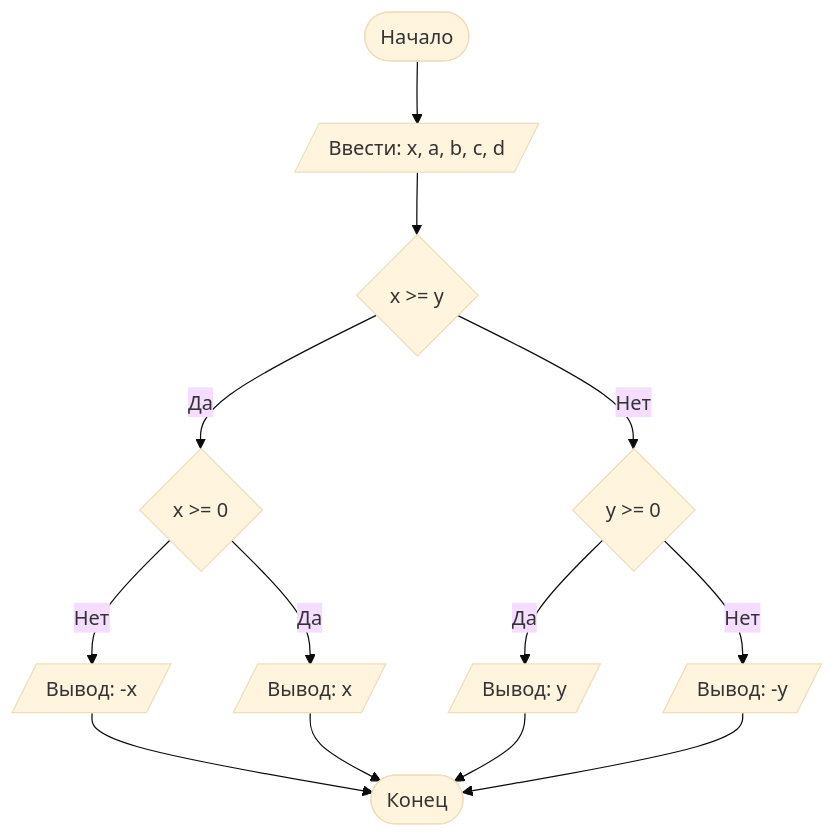
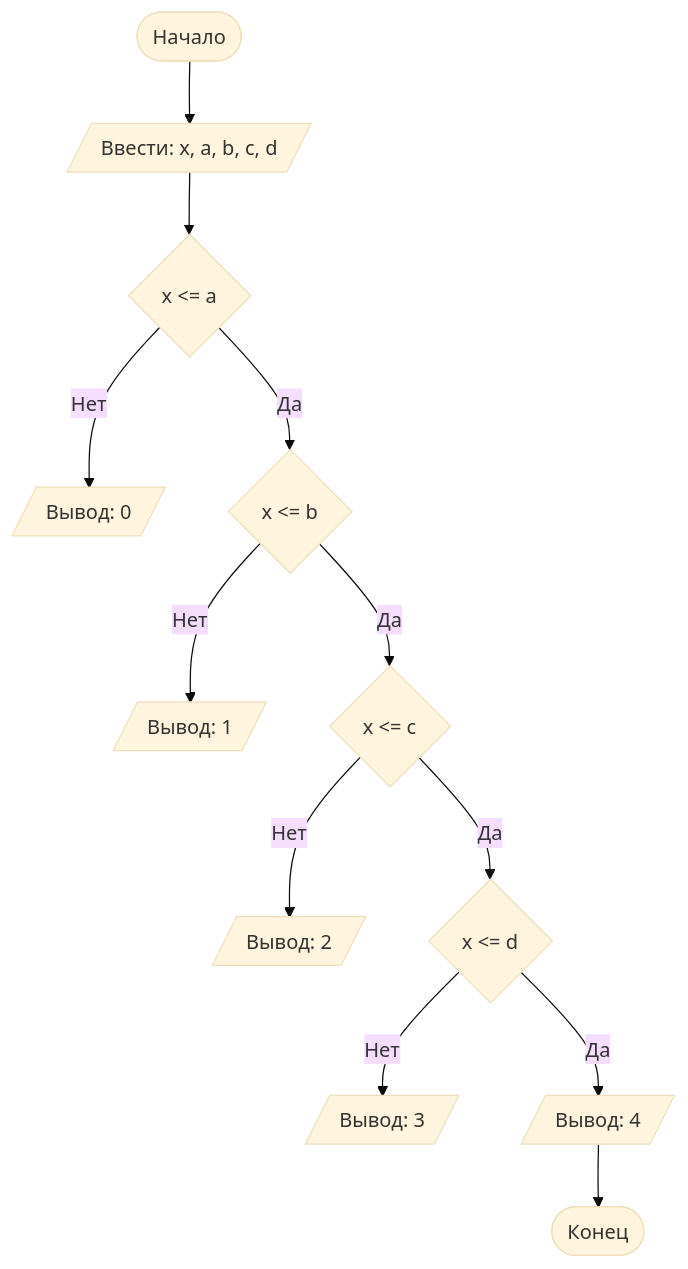
The diagram in README.md (abihuf/lab1), drawn with Mermaid (base theme) before and after one commit.

````diff
--- a/README.md
+++ b/README.md
@@ -91,16 +91,15 @@
 ```mermaid
 graph TD
     A([Начало]) --> B[/Ввести: x, a, b, c, d/]
-    B --> C{x >= y}
-    C -- Нет --> D{y >= 0}
-    D -- Нет --> E[/Вывод: -y/]
-    D -- Да --> H[/Вывод: y/]
-    C -- Да --> I{x >= 0}
-    I -- Нет --> J[/Вывод: -x/]
-    I -- Да --> K[/Вывод: x/]
-    J --> Z
-    K --> Z
-    H --> Z
-    E --> Z([Конец])
+    B --> C{x <= a}
+    C -- Нет --> D[/Вывод: 0/]
+    C -- Да --> E{x <= b}
+    E -- Нет --> F[/Вывод: 1/]
+    E -- Да --> G{x <= c}
+    G -- Нет --> H[/Вывод: 2/]
+    G -- Да --> I{x <= d}
+    I -- Нет --> J[/Вывод: 3/]
+    I -- Да --> K[/Вывод: 4/]
+    K --> Z([Конец])
 
 ```
````
